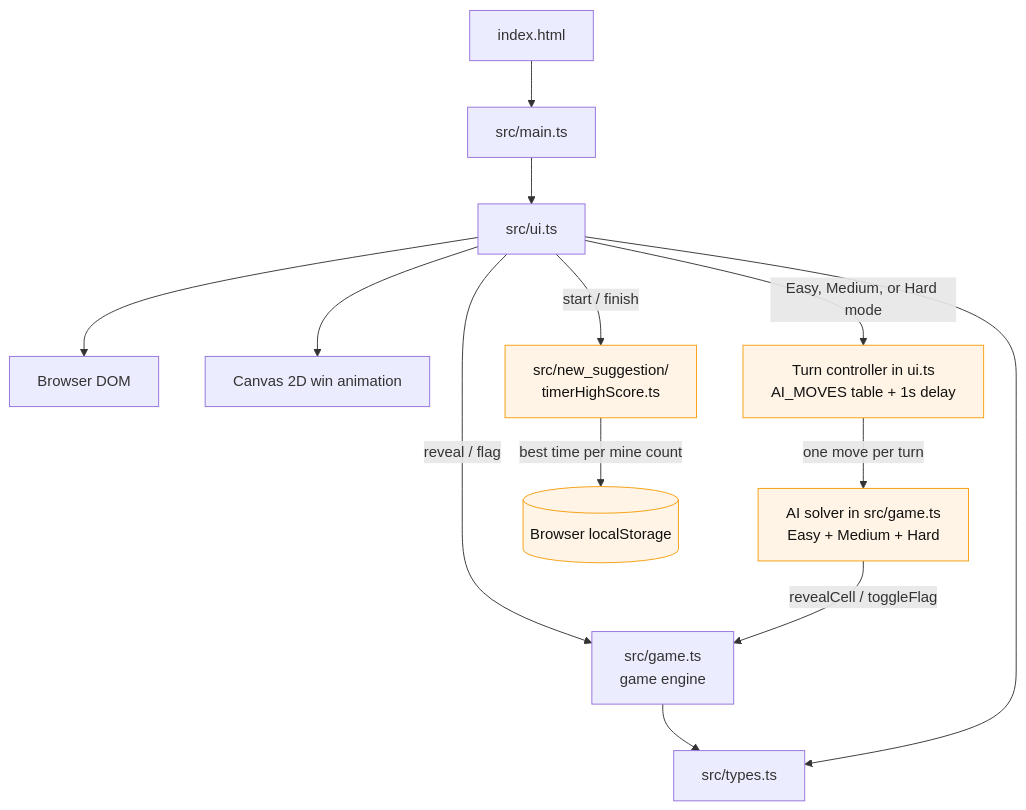
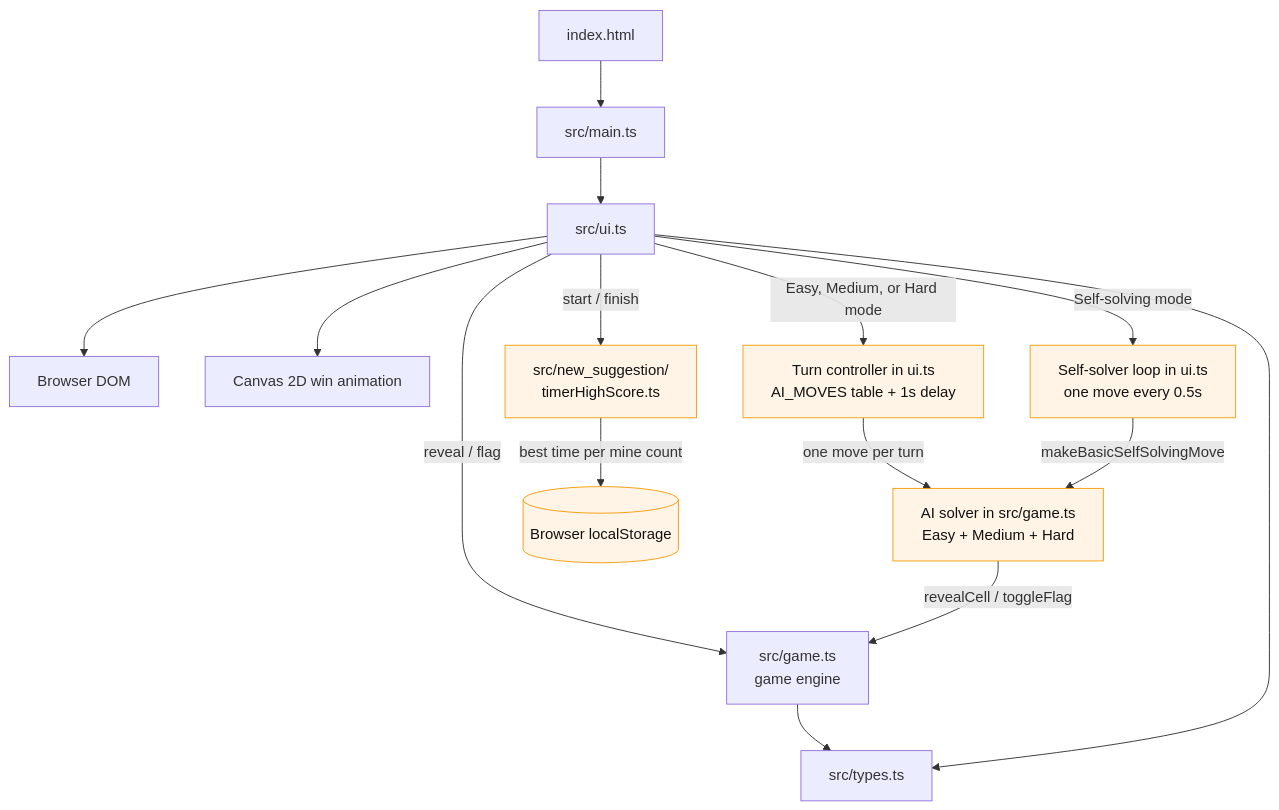
Before and after one commit to 540jmc17/EECS581-Project-1: the diagram in Docs/system-design-summary.md, drawn with Mermaid. The commit also changed other lines of this file, not shown here.

````diff
--- a/Docs/system-design-summary.md
+++ b/Docs/system-design-summary.md
@@ -9,21 +9,23 @@
 ```mermaid
 flowchart TD
     HTML[index.html] --> Main[src/main.ts]
     Main --> UI[src/ui.ts]
 
     UI --> DOM[Browser DOM]
     UI --> Canvas[Canvas 2D win animation]
     UI -->|reveal / flag| Game[src/game.ts<br/>game engine]
     UI -->|Easy, Medium, or Hard mode| Turn[Turn controller in ui.ts<br/>AI_MOVES table + 1s delay]
+    UI -->|Self-solving mode| Solver[Self-solver loop in ui.ts<br/>one move every 0.5s]
     UI -->|start / finish| Timer[src/new_suggestion/<br/>timerHighScore.ts]
 
     Turn -->|one move per turn| AI[AI solver in src/game.ts<br/>Easy + Medium + Hard]
+    Solver -->|makeBasicSelfSolvingMove| AI
     AI -->|revealCell / toggleFlag| Game
     Timer -->|best time per mine count| Storage[(Browser localStorage)]
 
     Game --> Types[src/types.ts]
     UI --> Types
 
     classDef added fill:#fff4e5,stroke:#f59e0b,color:#111;
-    class Turn,AI,Timer,Storage added;
+    class Turn,Solver,AI,Timer,Storage added;
 ```
````
